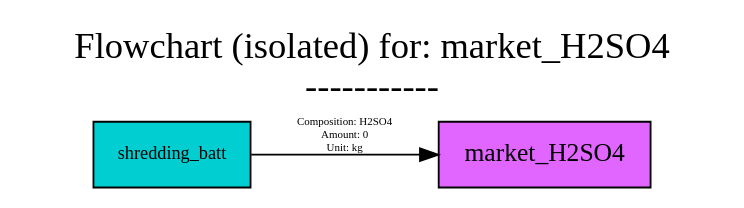
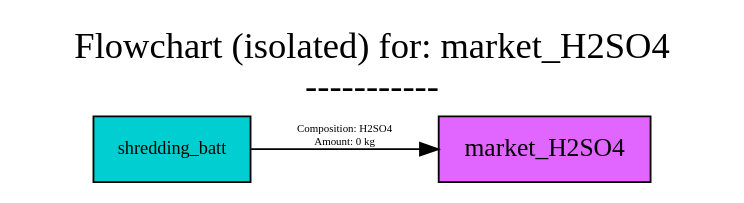
The diagram in src/examples/ELV/figures/flowcharts/processes/dot/market_H2SO4.dot (FutuRaM-Project/Recovery-Model), drawn with Graphviz before and after one commit. The commit also changed 177 other files, not shown here.

```diff
--- a/src/examples/ELV/figures/flowcharts/processes/dot/market_H2SO4.dot
+++ b/src/examples/ELV/figures/flowcharts/processes/dot/market_H2SO4.dot
@@ -1,42 +1,41 @@
 digraph {
-	graph [bb="0,0,353,91",
+	graph [bb="0,0,353,88",
 		font=Cabin,
 		fontname=Cabin,
 		fontsize=20,
 		label="Flowchart (isolated) for: market_H2SO4
 -----------",
 		labeljust=c,
 		labelloc=tc,
 		lheight=0.61,
-		lp="176.5,65",
+		lp="176.5,62",
 		lwidth=4.68,
 		nodesep=0.6,
 		rankdir=LR,
 		ranksep=0.6
 	];
 	node [label="\N"];
 	market_H2SO4	[fillcolor=mediumorchid1,
 		fontname=Cabin,
 		fontsize=14,
 		height=0.5,
 		pos="265.5,18",
 		shape=box,
 		style=filled,
 		width=1.5278];
 	shredding_batt	[fillcolor=darkturquoise,
 		fontname=Cabin,
 		fontsize=10,
 		height=0.5,
 		pos="72.5,18",
 		shape=box,
 		style=filled,
 		width=1.1111];
 	shredding_batt -> market_H2SO4	[color=black,
 		fontname=Cabin,
 		fontsize=6,
 		label="Composition: H2SO4
-Amount: 0 
-Unit: kg",
-		lp="161.5,28.5",
+Amount: 0 kg",
+		lp="161.5,25",
 		pos="e,210.24,18 112.61,18 137.8,18 171.14,18 200.17,18"];
 }
```
